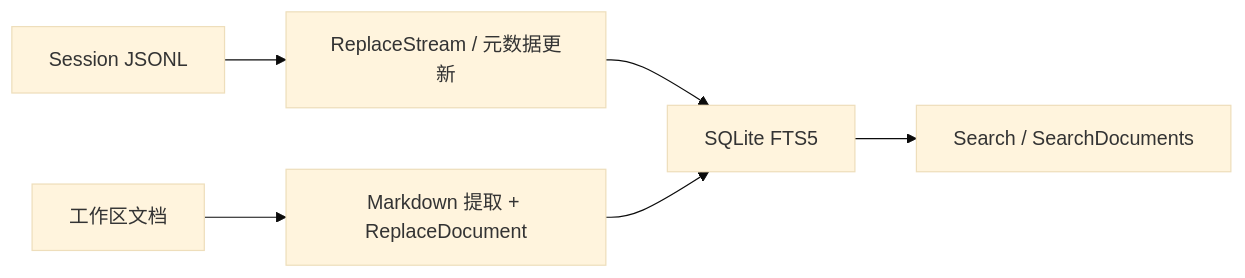
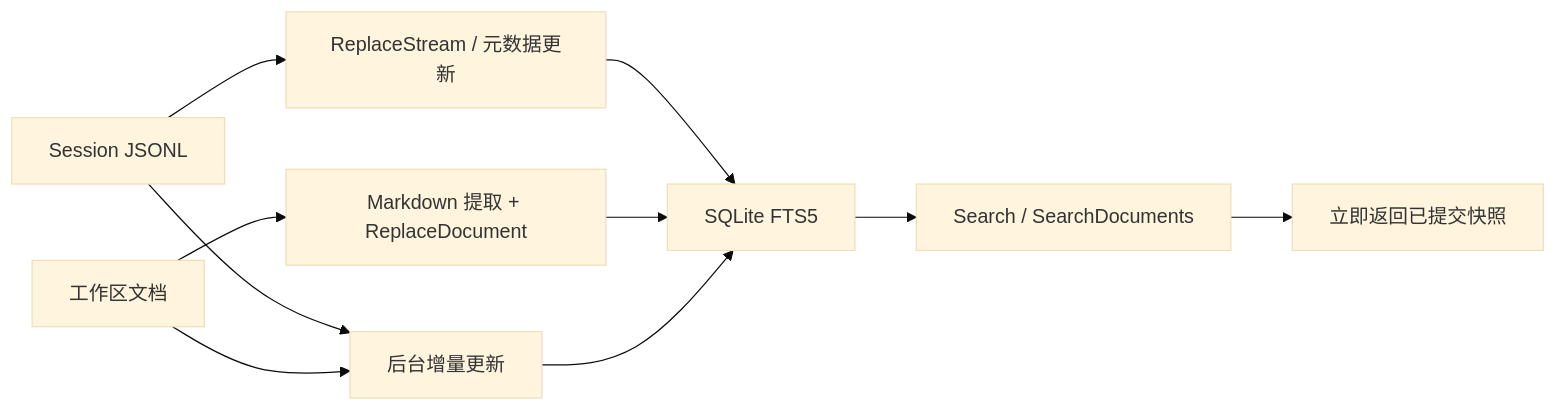
One commit to sda1-hacker/humbert-agent changed the diagram in internal/searchindex/README.md. Above: the diagram before and after it, drawn with Mermaid (base theme). The commit also changed other lines of this file and 112 other files, not shown here.

````diff
--- a/internal/searchindex/README.md
+++ b/internal/searchindex/README.md
@@ -7,8 +7,12 @@
 ```mermaid
 flowchart LR
   J[Session JSONL] --> R[ReplaceStream / 元数据更新]
   F[工作区文档] --> D[Markdown 提取 + ReplaceDocument]
   R --> S[SQLite FTS5]
   D --> S
   S --> Q[Search / SearchDocuments]
+  Q --> UI[立即返回已提交快照]
+  J --> BG[后台增量更新]
+  F --> BG
+  BG --> S
 ```
````
